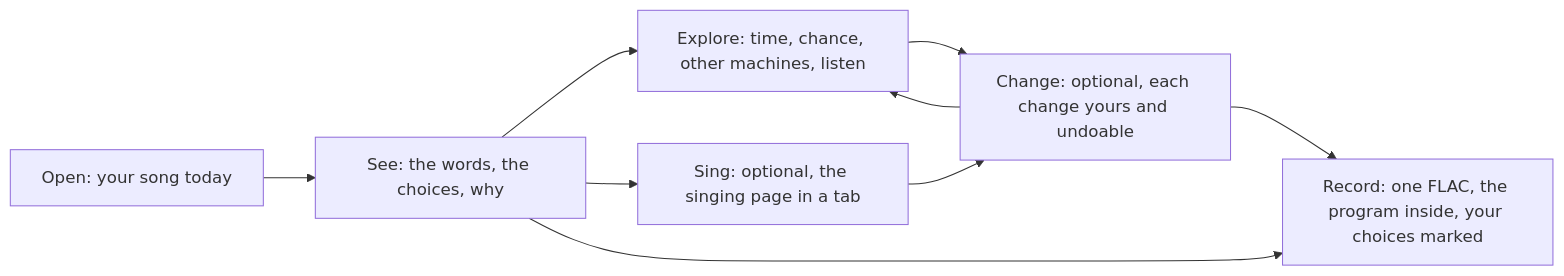
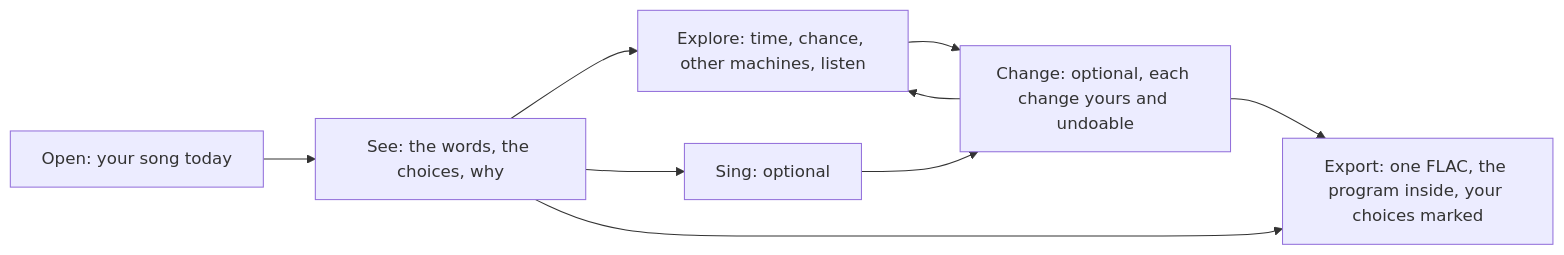
The first of 2 diagrams in docs/STUDIO.md (quadule/now-its-by-you), drawn with Mermaid before and after one commit. The commit also changed other lines of this file and 24 other files, not shown here.

````diff
--- a/docs/STUDIO.md
+++ b/docs/STUDIO.md
@@ -92,11 +87,11 @@
 ```mermaid
 flowchart LR
   O[Open: your song today] --> S[See: the words, the choices, why]
   S --> E[Explore: time, chance, other machines, listen]
   E --> C[Change: optional, each change yours and undoable]
   C --> E
-  S --> G[Sing: optional, the singing page in a tab]
+  S --> G[Sing: optional]
   G --> C
-  C --> R[Record: one FLAC, the program inside, your choices marked]
+  C --> R[Export: one FLAC, the program inside, your choices marked]
   S --> R
 ```
````
